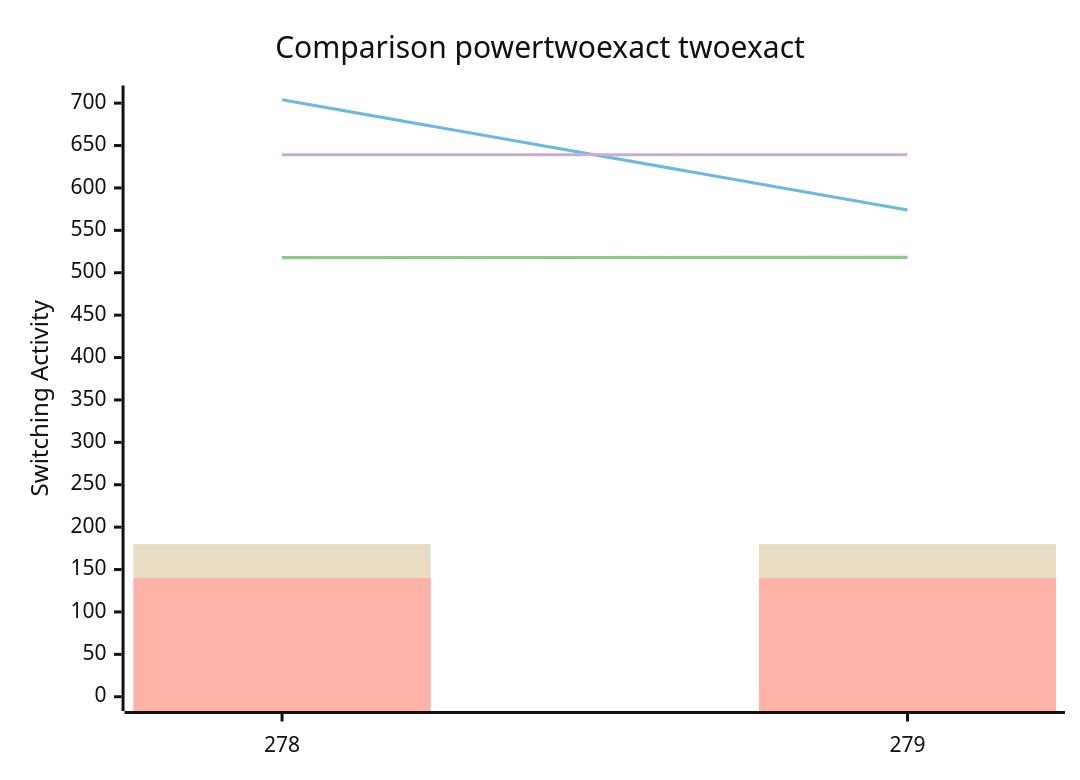
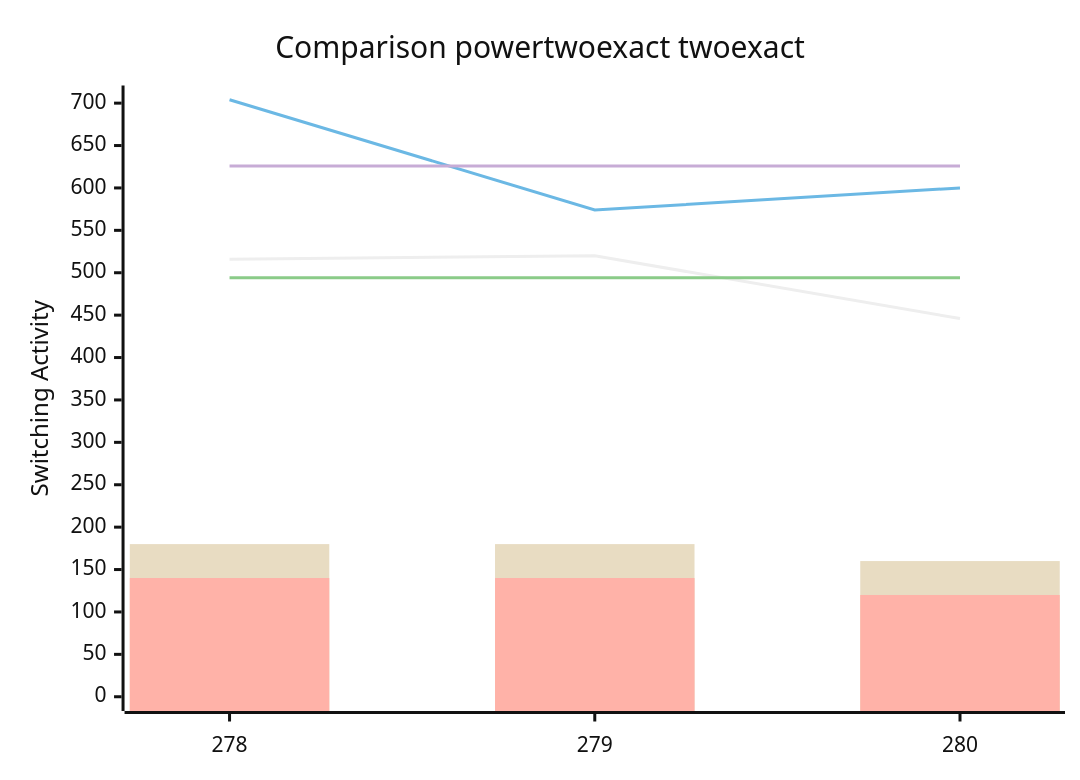
Before and after one commit to FeldmeierMichael/Exact-Power-Synthesis: the diagram in benchmark_opt_500_2.md, drawn with Mermaid (neutral theme). The commit also changed other lines of this file, not shown here.

````diff
--- a/benchmark_opt_500_2.md
+++ b/benchmark_opt_500_2.md
@@ -5,12 +7,12 @@
 ```mermaid
 xychart-beta
     title "Comparison powertwoexact twoexact"
-    x-axis [278, 279]
+    x-axis [278, 279, 280]
     y-axis "Switching Activity" 0-->704
-    line [516, 520]
-    line [704, 574]
-    line [518.0, 518.0]
-    line [639.0, 639.0]
-    bar [180, 180]
-    bar [140, 140]
+    line [516, 520, 446]
+    line [704, 574, 600]
+    line [494.0, 494.0, 494.0]
+    line [626.0, 626.0, 626.0]
+    bar [180, 180, 160]
+    bar [140, 140, 120]
 ```
````
